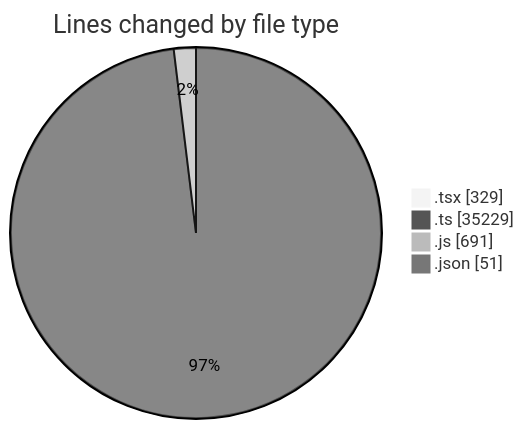
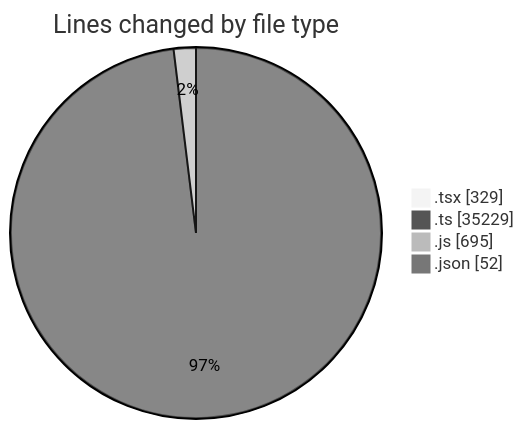
Before and after one commit to momahboobian/code-tracking: the first of 2 diagrams in 2025-12-17/cda/README.md, drawn with Mermaid (neutral theme). The commit also changed other lines of this file and 1 other file, not shown here.

````diff
--- a/2025-12-17/cda/README.md
+++ b/2025-12-17/cda/README.md
@@ -36,8 +37,8 @@
 ```mermaid
 pie showData
 title Lines changed by file type
 ".tsx" : 329
 ".ts" : 35229
-".js" : 691
-".json" : 51
+".js" : 695
+".json" : 52
 ```
````
